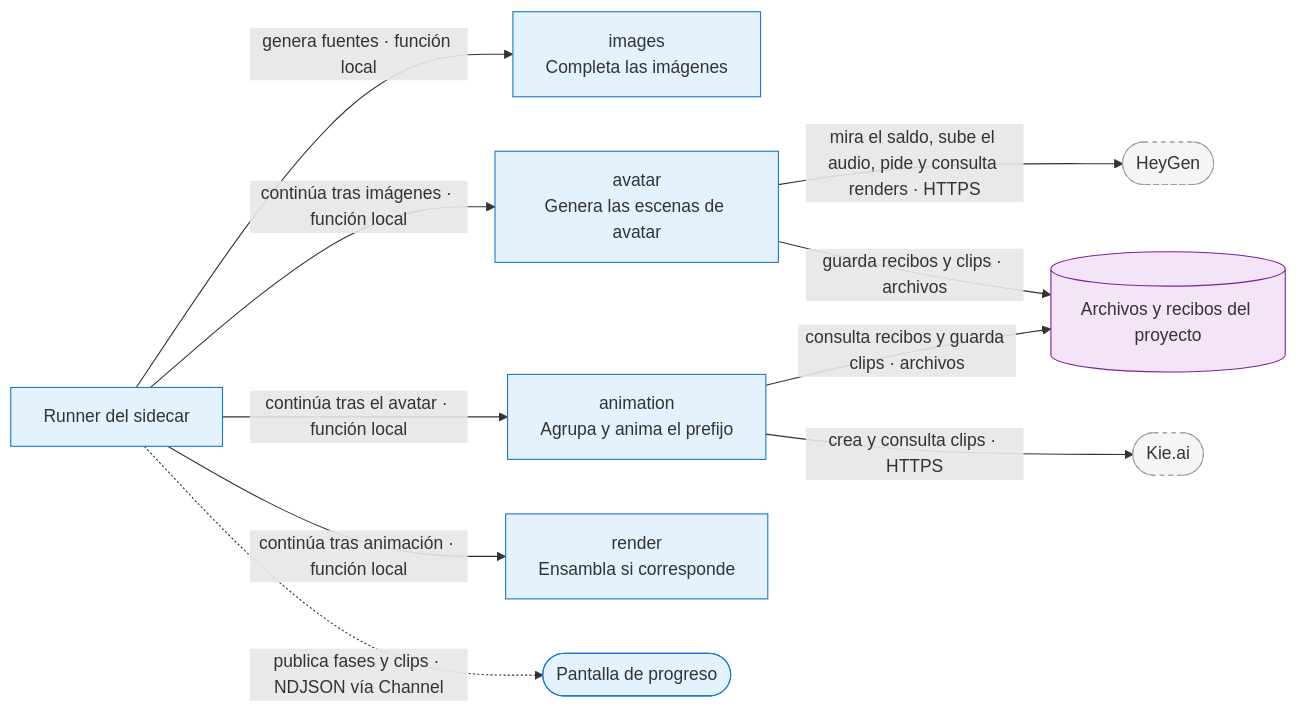
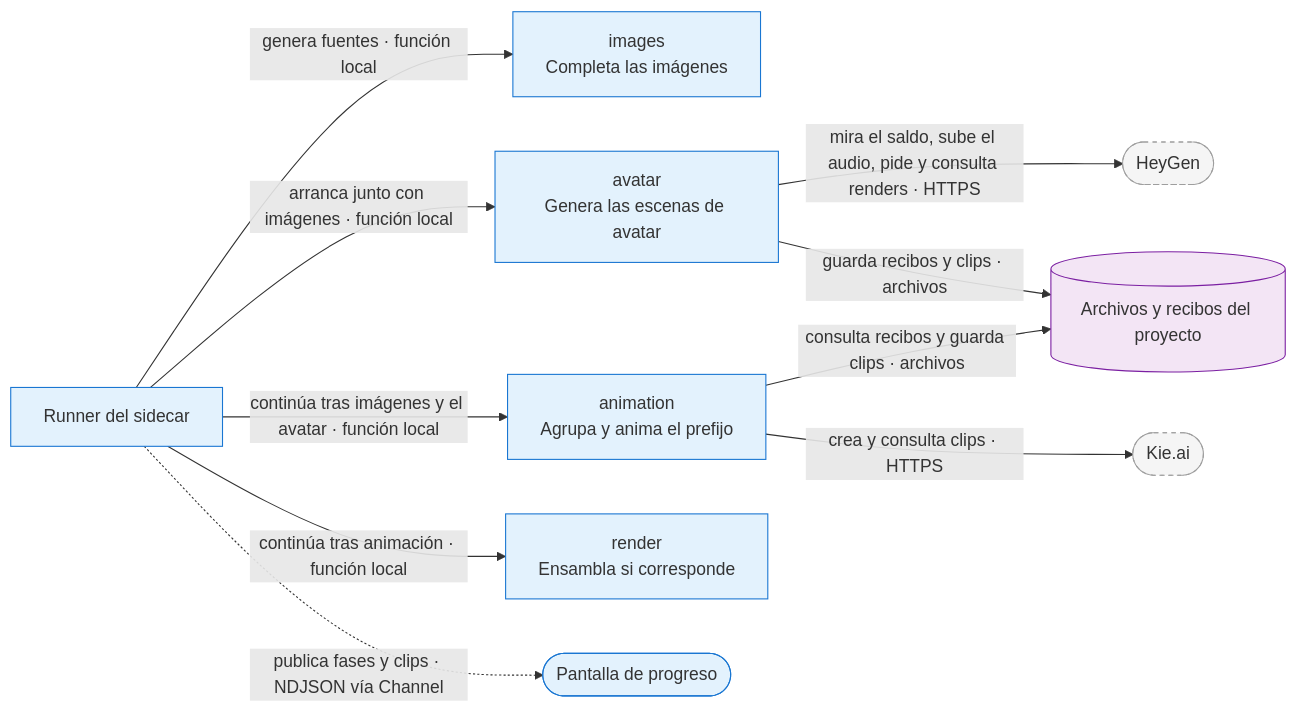
One commit to SCRIPZY-DEV/vimo changed the diagram in docs/ARCHITECTURE.md. Above: the diagram before and after it, drawn with Mermaid. The commit also changed other lines of this file and 59 other files, not shown here.

````diff
--- a/docs/ARCHITECTURE.md
+++ b/docs/ARCHITECTURE.md
@@ -851,24 +881,24 @@
 ```mermaid
 flowchart LR
     runner["Runner del sidecar"]:::propio
     images["images<br/>Completa las imágenes"]:::propio
     avatar["avatar<br/>Genera las escenas de avatar"]:::propio
     animation["animation<br/>Agrupa y anima el prefijo"]:::propio
     render["render<br/>Ensambla si corresponde"]:::propio
     files[("Archivos y recibos del proyecto")]:::datos
     heygen(["HeyGen"]):::externo
     kie(["Kie.ai"]):::externo
     ui(["Pantalla de progreso"]):::propio
     runner -->|"genera fuentes · función local"| images
-    runner -->|"continúa tras imágenes · función local"| avatar
-    runner -->|"continúa tras el avatar · función local"| animation
+    runner -->|"arranca junto con imágenes · función local"| avatar
+    runner -->|"continúa tras imágenes y el avatar · función local"| animation
     runner -->|"continúa tras animación · función local"| render
     avatar -->|"mira el saldo, sube el audio, pide y consulta renders · HTTPS"| heygen
     avatar -->|"guarda recibos y clips · archivos"| files
     animation -->|"crea y consulta clips · HTTPS"| kie
     animation -->|"consulta recibos y guarda clips · archivos"| files
     runner -.->|"publica fases y clips · NDJSON vía Channel"| ui
     classDef externo fill:#f5f5f5,stroke:#9e9e9e,stroke-dasharray:4
     classDef propio fill:#e3f2fd,stroke:#1976d2
     classDef datos fill:#f3e5f5,stroke:#7b1fa2
 ```
````
